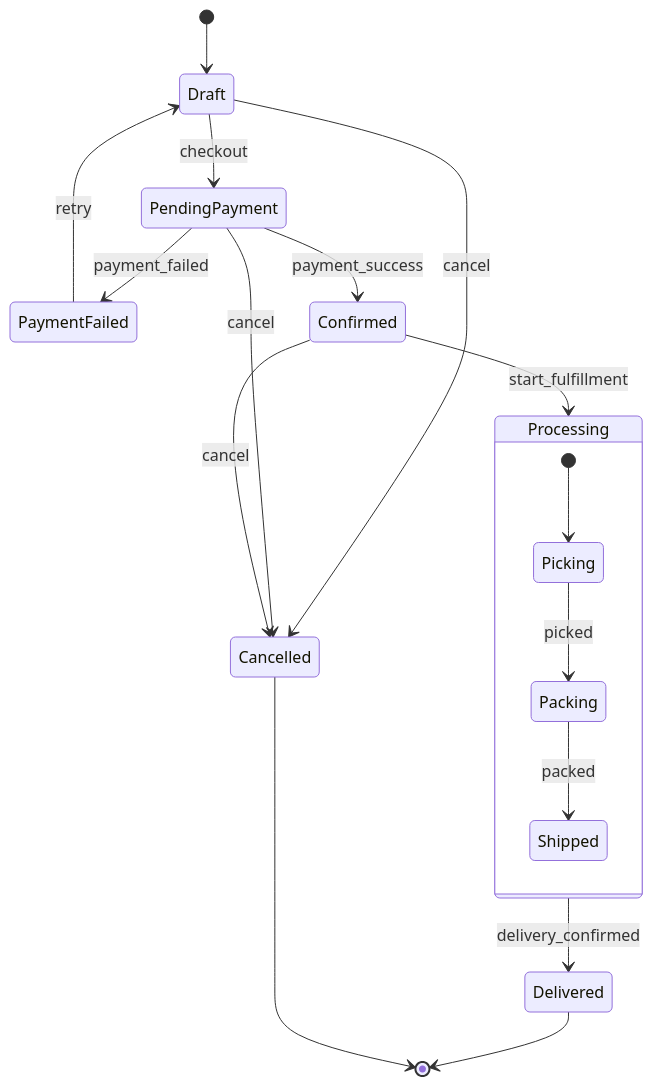
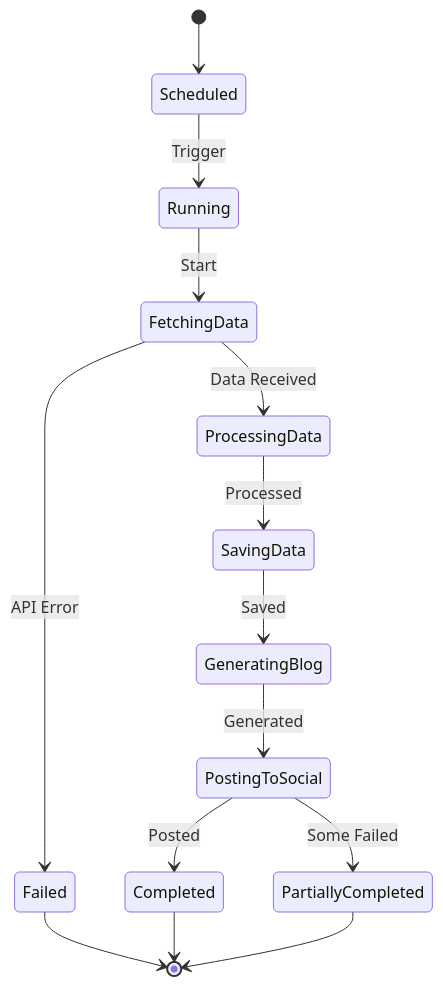
One commit to runkids/claude-skill-registry changed the fifth of 17 diagrams in skills/data/mermaid-diagrams/SKILL.md. Above: the diagram before and after it, drawn with Mermaid. The commit also changed other lines of this file and 17904 other files, not shown here.

````diff
--- a/skills/data/mermaid-diagrams/SKILL.md
+++ b/skills/data/mermaid-diagrams/SKILL.md
@@ -416,25 +232,16 @@
 ```mermaid
 stateDiagram-v2
-    [*] --> Draft
-
-    Draft --> PendingPayment : checkout
-    PendingPayment --> PaymentFailed : payment_failed
-    PendingPayment --> Confirmed : payment_success
-    PaymentFailed --> Draft : retry
-
-    Confirmed --> Processing : start_fulfillment
-
-    state Processing {
-        [*] --> Picking
-        Picking --> Packing : picked
-        Packing --> Shipped : packed
-    }
-
-    Processing --> Delivered : delivery_confirmed
-    Delivered --> [*]
-
-    Draft --> Cancelled : cancel
-    PendingPayment --> Cancelled : cancel
-    Confirmed --> Cancelled : cancel
-    Cancelled --> [*]
+    [*] --> Scheduled
+    Scheduled --> Running: Trigger
+    Running --> FetchingData: Start
+    FetchingData --> ProcessingData: Data Received
+    FetchingData --> Failed: API Error
+    ProcessingData --> SavingData: Processed
+    SavingData --> GeneratingBlog: Saved
+    GeneratingBlog --> PostingToSocial: Generated
+    PostingToSocial --> Completed: Posted
+    PostingToSocial --> PartiallyCompleted: Some Failed
+    Failed --> [*]
+    Completed --> [*]
+    PartiallyCompleted --> [*]
 ```
````
